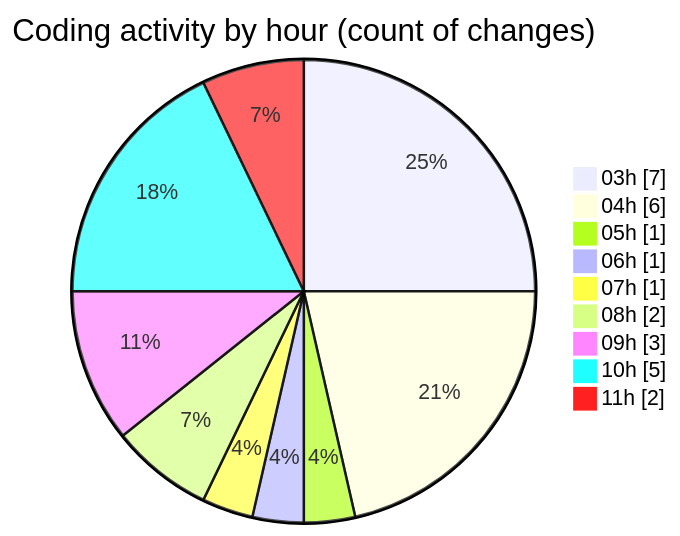
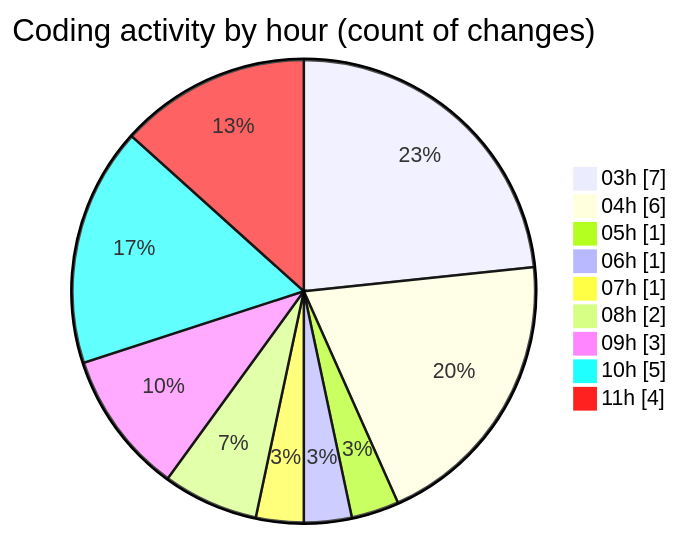
Before and after one commit to FelipKnott/code-tracking: the second of 2 diagrams in 2025-07-02/cursor/README.md, drawn with Mermaid. The commit also changed other lines of this file and 1 other file, not shown here.

````diff
--- a/2025-07-02/cursor/README.md
+++ b/2025-07-02/cursor/README.md
@@ -31,13 +31,13 @@
 ```mermaid
 pie showData
 title Coding activity by hour (count of changes)
 "03h" : 7
 "04h" : 6
 "05h" : 1
 "06h" : 1
 "07h" : 1
 "08h" : 2
 "09h" : 3
 "10h" : 5
-"11h" : 2
+"11h" : 4
 ```
````
